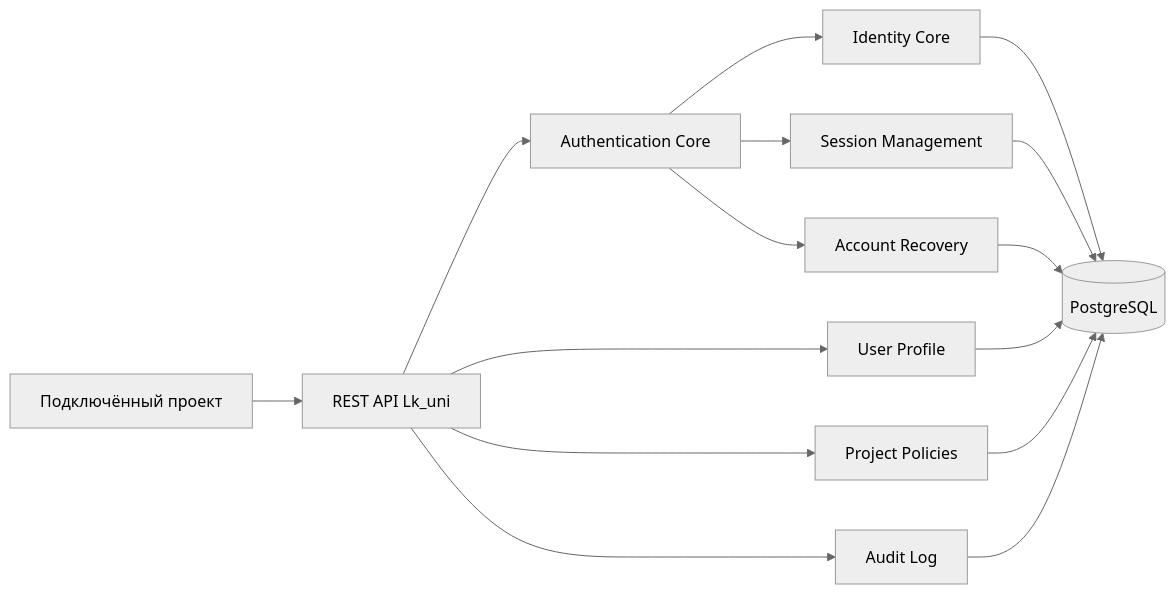
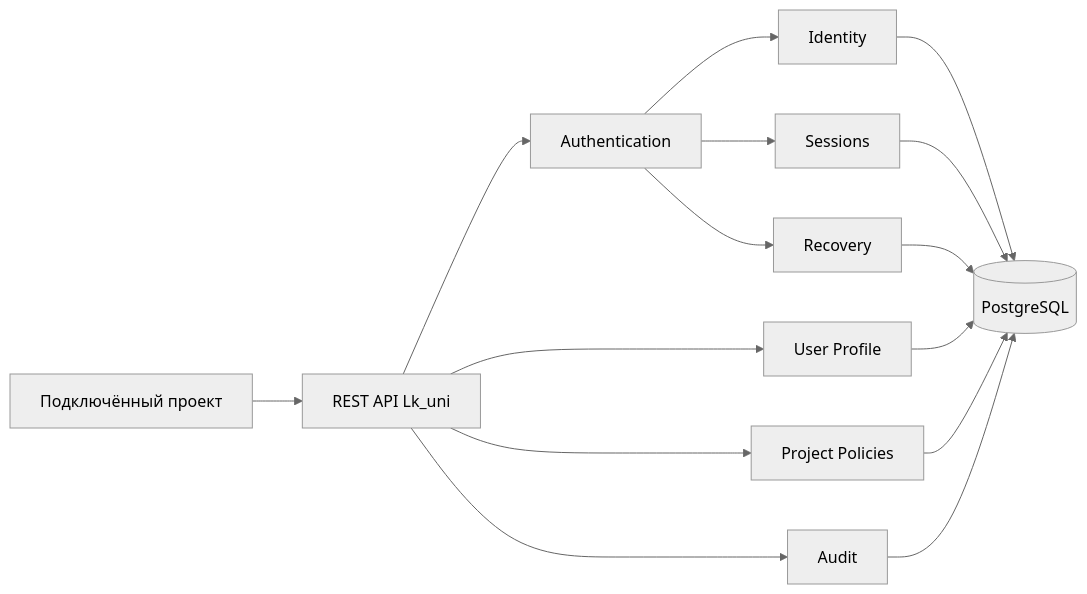
The diagram in README.md (julcapp/Lk_uni), drawn with Mermaid (neutral theme) before and after one commit. The commit also changed other lines of this file and 5 other files, not shown here.

````diff
--- a/README.md
+++ b/README.md
@@ -79,17 +75,17 @@
 ```mermaid
 flowchart LR
     APP[Подключённый проект] --> API[REST API Lk_uni]
-    API --> AUTH[Authentication Core]
+    API --> AUTH[Authentication]
     API --> USER[User Profile]
     API --> PROJECT[Project Policies]
-    AUTH --> ID[Identity Core]
-    AUTH --> SESSION[Session Management]
-    AUTH --> RECOVERY[Account Recovery]
+    AUTH --> ID[Identity]
+    AUTH --> SESSION[Sessions]
+    AUTH --> RECOVERY[Recovery]
     ID --> DB[(PostgreSQL)]
     USER --> DB
     PROJECT --> DB
     SESSION --> DB
     RECOVERY --> DB
-    API --> AUDIT[Audit Log]
+    API --> AUDIT[Audit]
     AUDIT --> DB
 ```
````
